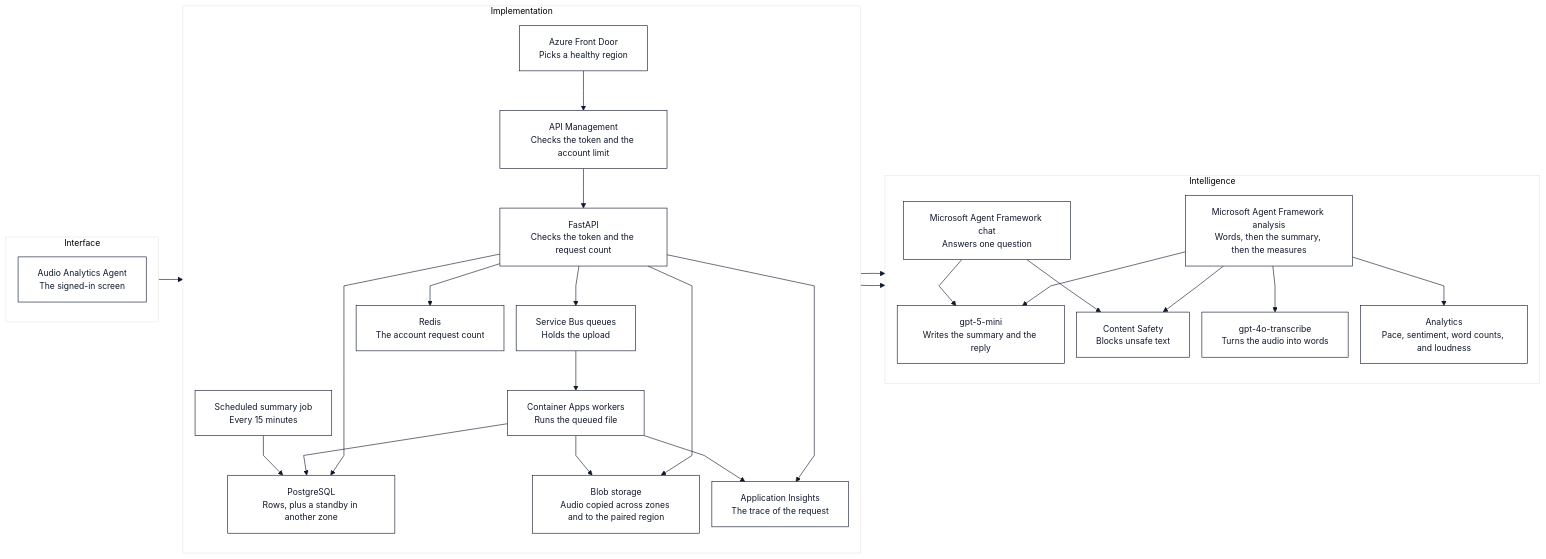
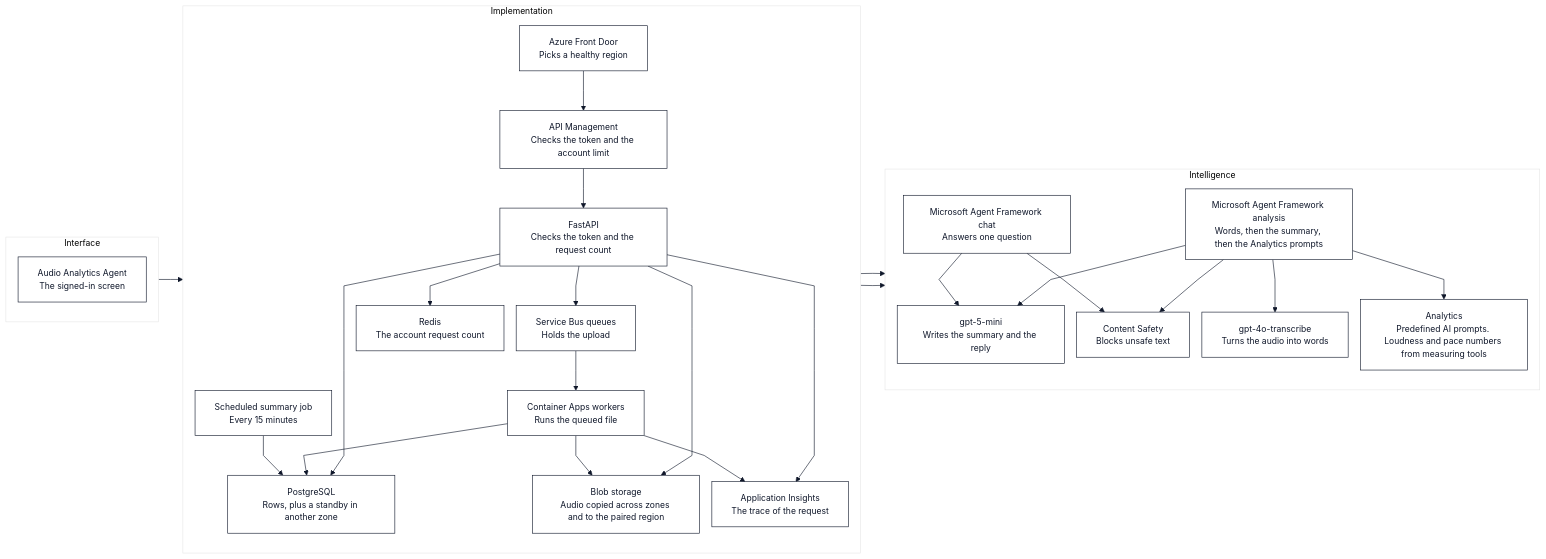
Before and after one commit to highprincezero/wn-voice-analytics: the first of 5 diagrams in docs/architecture.md, drawn with Mermaid. The commit also changed other lines of this file and 6 other files, not shown here.

Commit message:
docs: README fresh-clone fixes, Analytics diagrams match predefined prompts, multi-region marked as design

````diff
--- a/docs/architecture.md
+++ b/docs/architecture.md
@@ -23,66 +23,66 @@
 ```mermaid
 %%{init: {"theme": "base", "themeVariables": {"fontFamily": "monospace", "fontSize": "14px", "primaryColor": "#ffffff", "primaryTextColor": "#0f172a", "primaryBorderColor": "#0f172a", "lineColor": "#0f172a", "background": "#ffffff"}, "flowchart": {"curve": "linear", "padding": 16, "nodeSpacing": 20, "rankSpacing": 40, "htmlLabels": false, "wrappingWidth": 210, "useMaxWidth": false}}}%%
 flowchart LR
   subgraph interfaceLayer ["Interface"]
     direction TB
     UI["Audio Analytics Agent
 The signed-in screen"]
   end
   subgraph implementationLayer ["Implementation"]
     direction TB
     FD["Azure Front Door
 Picks a healthy region"]
     APIM["API Management
 Checks the token and the account limit"]
     API["FastAPI
 Checks the token and the request count"]
     SB["Service Bus queues
 Holds the upload"]
     WK["Container Apps workers
 Runs the queued file"]
     JOB["Scheduled summary job
 Every 15 minutes"]
     PG["PostgreSQL
 Rows, plus a standby in another zone"]
     BLOB["Blob storage
 Audio copied across zones and to the paired region"]
     CACHE["Redis
 The account request count"]
     OBS["Application Insights
 The trace of the request"]
     FD --> APIM --> API
     API --> SB --> WK
     API --> CACHE
     API --> PG
     API --> BLOB
     API --> OBS
     WK --> PG
     WK --> BLOB
     WK --> OBS
     JOB --> PG
   end
   subgraph intelligenceLayer ["Intelligence"]
     direction TB
     CHAT["Microsoft Agent Framework chat
 Answers one question"]
     LG["Microsoft Agent Framework analysis
-Words, then the summary, then the measures"]
+Words, then the summary, then the Analytics prompts"]
     STT["gpt-4o-transcribe
 Turns the audio into words"]
     LLM["gpt-5-mini
 Writes the summary and the reply"]
     CS["Content Safety
 Blocks unsafe text"]
     FEAT["Analytics
-Pace, sentiment, word counts, and loudness"]
+Predefined AI prompts. Loudness and pace numbers from measuring tools"]
     CHAT --> LLM
     CHAT --> CS
     LG --> STT
     LG --> LLM
     LG --> CS
     LG --> FEAT
   end
   UI --> FD
   API --> CHAT
   WK --> LG
 ```
````
